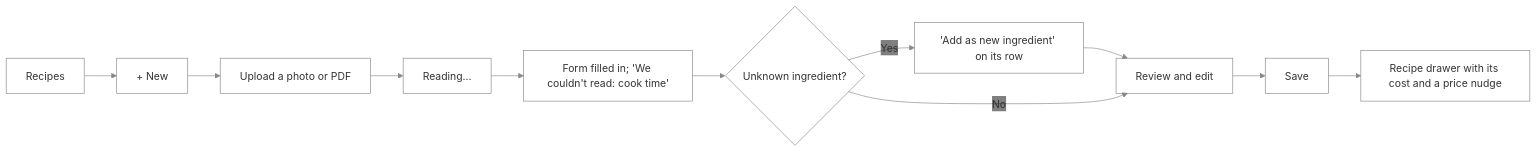
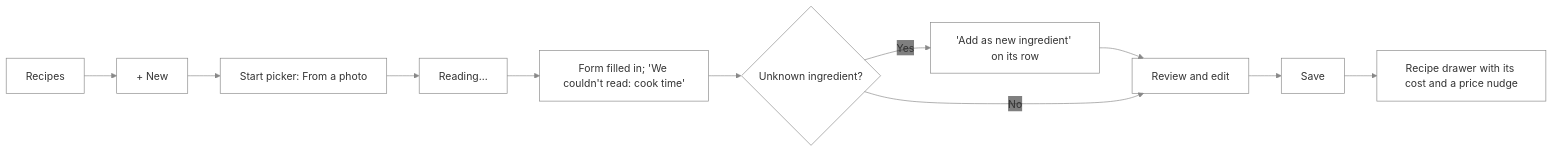
One commit to NovaMoonX/moondreams-dev-apps changed diagram 23 of 27 in src/apps/pinch/UX.md. Above: the diagram before and after it, drawn with Mermaid. The commit also changed other lines of this file and 1 other file, not shown here.

````diff
--- a/src/apps/pinch/UX.md
+++ b/src/apps/pinch/UX.md
@@ -763,9 +764,9 @@
 ```mermaid
 %%{init: {'theme': 'base', 'themeVariables': {'primaryColor': 'transparent', 'clusterBkg': 'transparent', 'primaryBorderColor': '#888888', 'clusterBorder': '#888888', 'lineColor': '#888888', 'primaryTextColor': '#333333'}}}%%
 flowchart LR
-    A[Recipes] --> B[+ New] --> C["Upload a photo or PDF"] --> D["Reading…"] --> E["Form filled in; 'We couldn't read: cook time'"]
+    A[Recipes] --> B[+ New] --> C["Start picker: From a photo"] --> D["Reading…"] --> E["Form filled in; 'We couldn't read: cook time'"]
     E --> F{"Unknown ingredient?"}
     F -->|Yes| G["'Add as new ingredient' on its row"] --> H[Review and edit]
     F -->|No| H
     H --> I[Save] --> J["Recipe drawer with its cost and a price nudge"]
 ```
````
